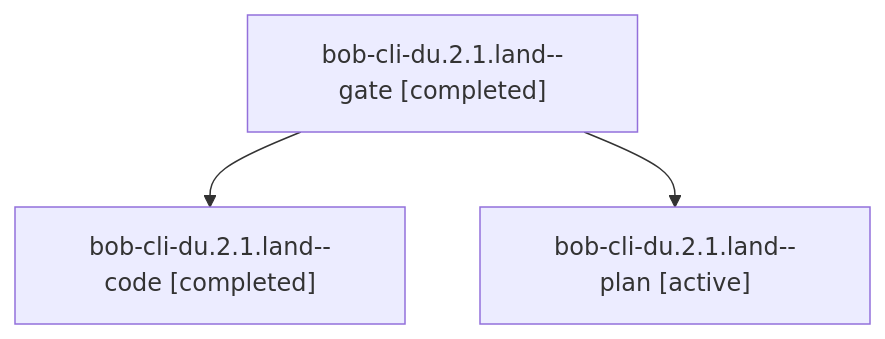
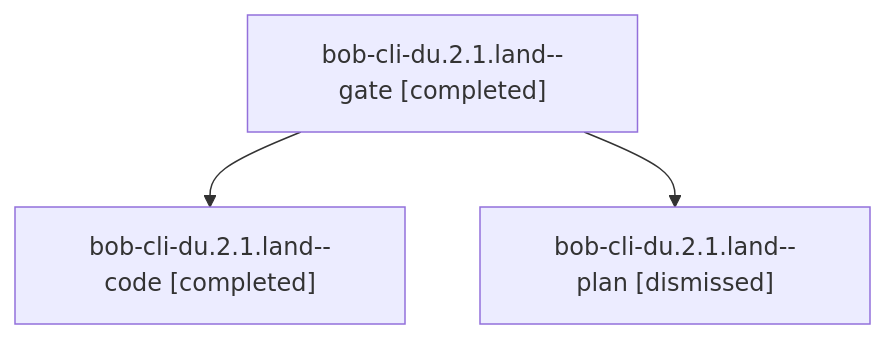
The diagram in sessions/bbugyi200.apollo.bob-cli-du.2.1.land.md (bobs-org/bob-cli--agents), drawn with Mermaid before and after one commit. The commit also changed other lines of this file and 212 other files, not shown here.

````diff
--- a/sessions/bbugyi200.apollo.bob-cli-du.2.1.land.md
+++ b/sessions/bbugyi200.apollo.bob-cli-du.2.1.land.md
@@ -9,8 +9,8 @@
 ```mermaid
 flowchart TD
   n0["bob-cli-du.2.1.land--gate [completed]"]
   n1["bob-cli-du.2.1.land--code [completed]"]
   n0 --> n1
-  n2["bob-cli-du.2.1.land--plan [active]"]
+  n2["bob-cli-du.2.1.land--plan [dismissed]"]
   n0 --> n2
 ```
````
